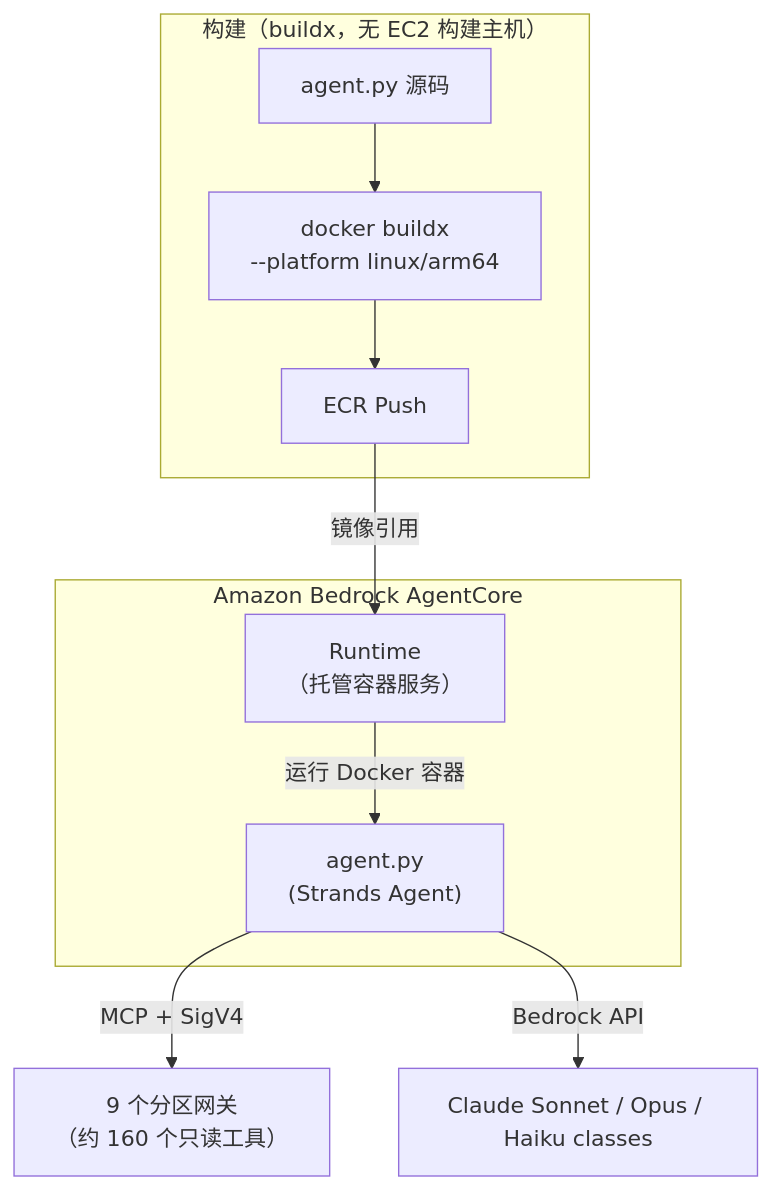
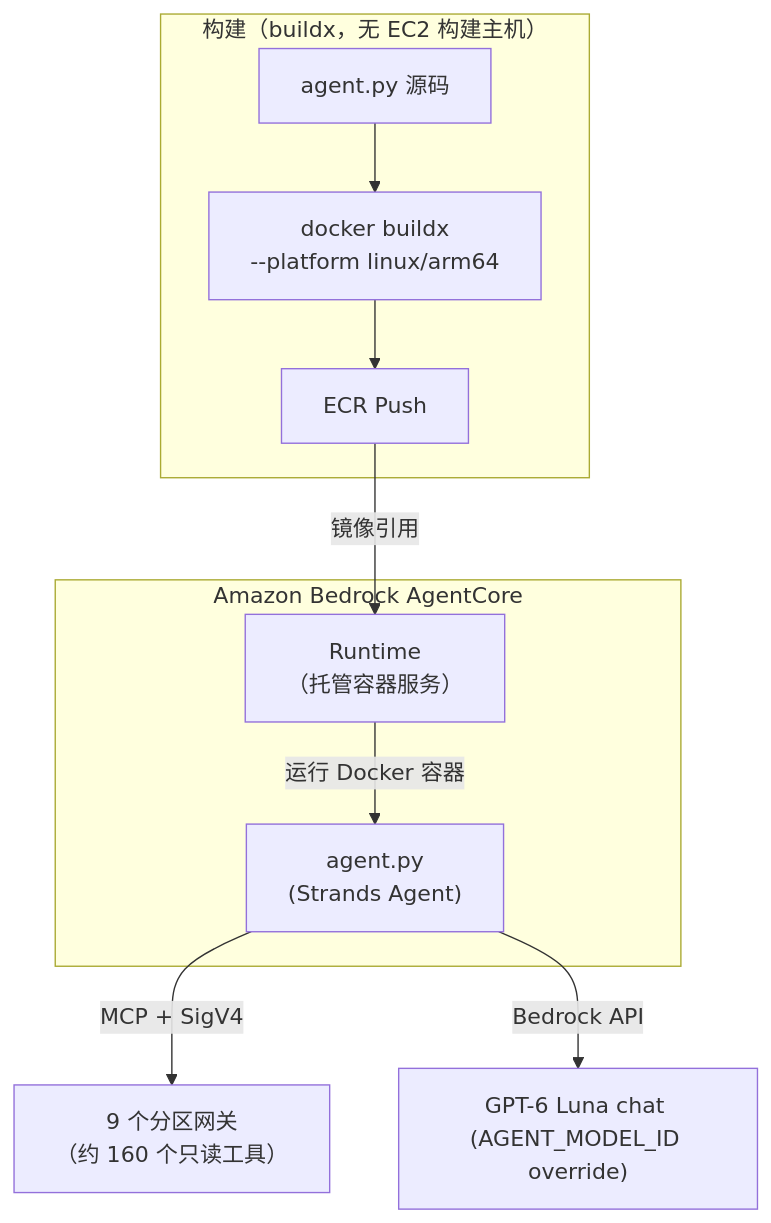
Before and after one commit to aws-samples/sample-awsops: the second of 7 diagrams in docs-site/i18n/zh/docusaurus-plugin-content-docs/current/faq/agentcore-memory.md, drawn with Mermaid. The commit also changed other lines of this file and 62 other files, not shown here.

First line of the commit message:
feat: GPT-6 Luna chat, Terra-first query generation, web model IAM (#226)

````diff
--- a/docs-site/i18n/zh/docusaurus-plugin-content-docs/current/faq/agentcore-memory.md
+++ b/docs-site/i18n/zh/docusaurus-plugin-content-docs/current/faq/agentcore-memory.md
@@ -40,17 +40,17 @@
 ```mermaid
 flowchart TD
   subgraph AC["Amazon Bedrock AgentCore"]
     RT["Runtime<br/>（托管容器服务）"]
     RT -->|"运行 Docker 容器"| AGENT["agent.py<br/>(Strands Agent)"]
   end
 
   subgraph BUILD["构建（buildx，无 EC2 构建主机）"]
     SRC["agent.py 源码"] --> DOCKER["docker buildx<br/>--platform linux/arm64"]
     DOCKER --> ECR["ECR Push"]
   end
 
   ECR -->|"镜像引用"| RT
 
   AGENT -->|"MCP + SigV4"| GW["9 个分区网关<br/>（约 160 个只读工具）"]
-  AGENT -->|"Bedrock API"| MODEL["Claude Sonnet / Opus / Haiku classes"]
+  AGENT -->|"Bedrock API"| MODEL["GPT-6 Luna chat (AGENT_MODEL_ID override)"]
 ```
````
